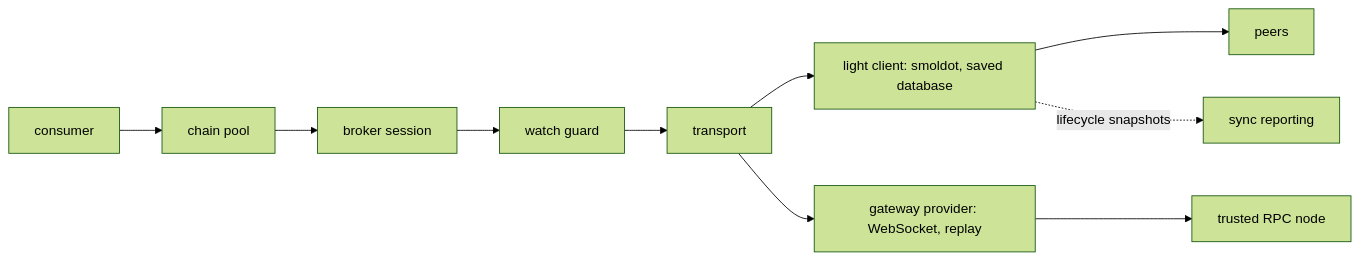
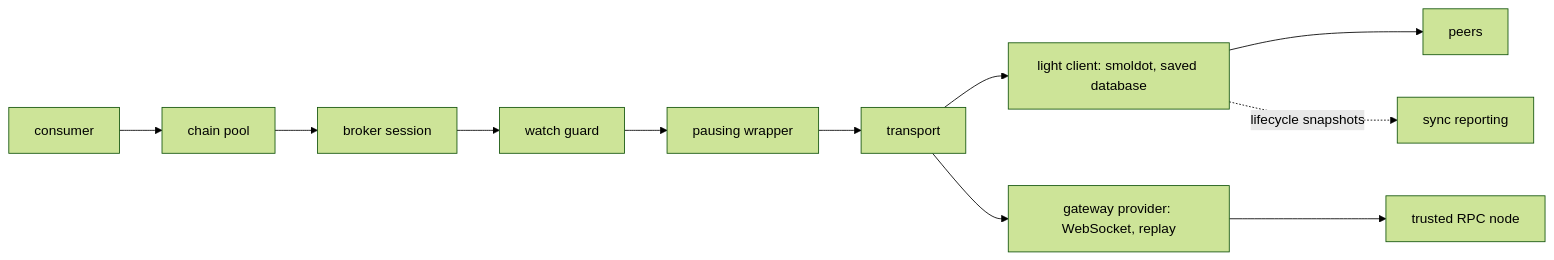
One commit to paritytech/dotli-community changed the diagram in packages/chains/README.md. Above: the diagram before and after it, drawn with Mermaid (forest theme). The commit also changed other lines of this file and 39 other files, not shown here.

````diff
--- a/packages/chains/README.md
+++ b/packages/chains/README.md
@@ -18,7 +18,7 @@
 ```mermaid
 flowchart LR
-  consumer --> pool[chain pool] --> broker[broker session] --> guard[watch guard] --> transport
+  consumer --> pool[chain pool] --> broker[broker session] --> guard[watch guard] --> pausing[pausing wrapper] --> transport
   transport --> lc["light client: smoldot, saved database"] --> peers
   transport --> gw["gateway provider: WebSocket, replay"] --> rpc[trusted RPC node]
   lc -. lifecycle snapshots .-> sync[sync reporting]
 ```
````
